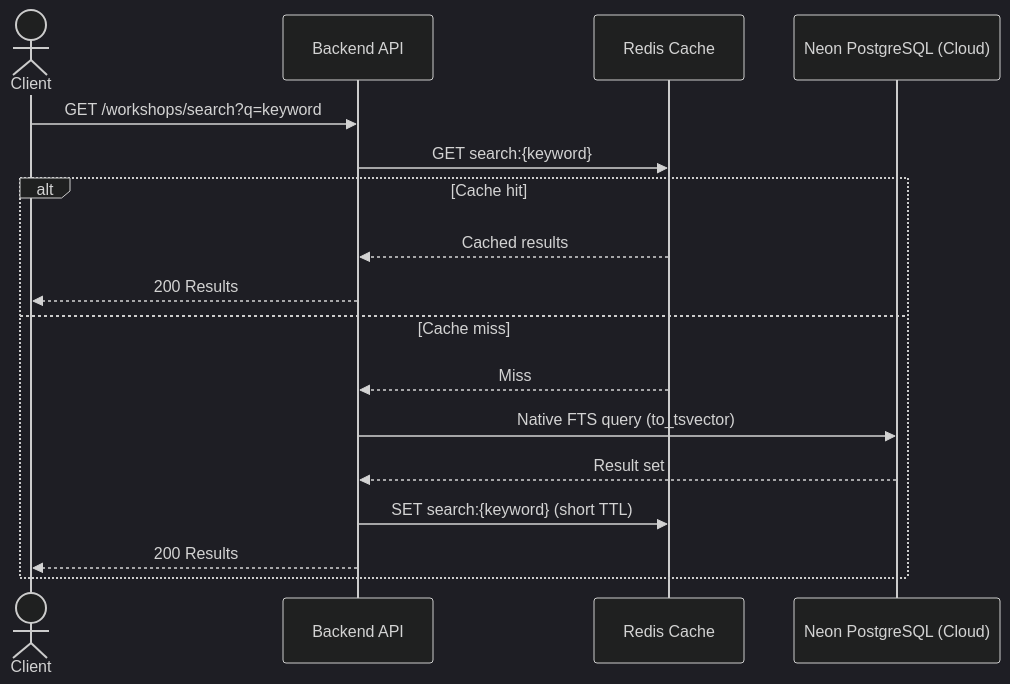
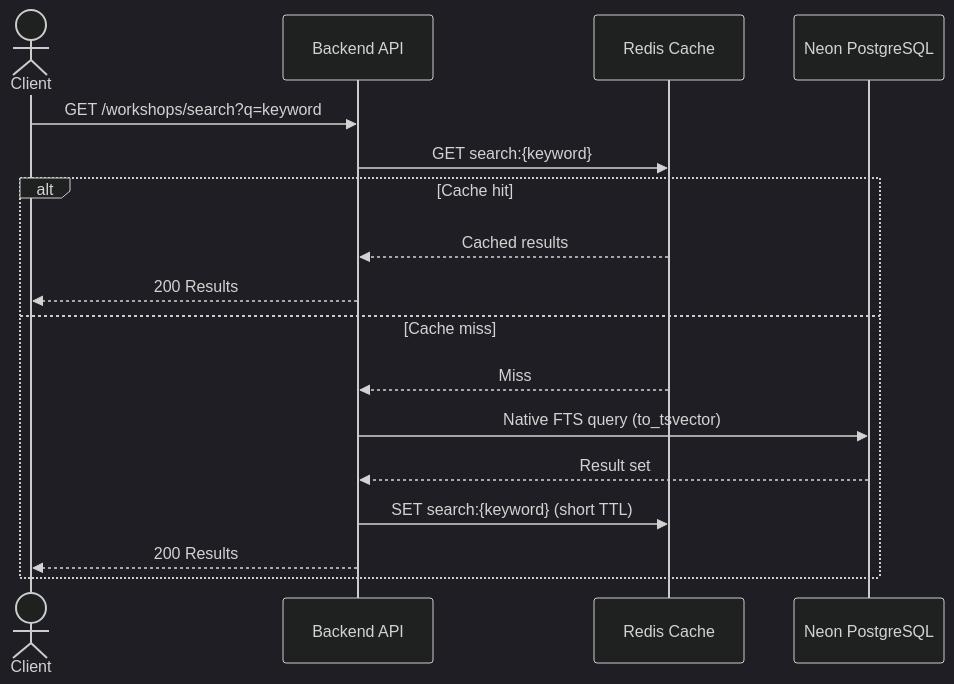
Before and after one commit to phatnguyen975/unihub-workshop: the third of 10 diagrams in blueprint/design.md, drawn with Mermaid (dark theme). The commit also changed other lines of this file, not shown here.

Commit message:
docs: update workshop registration diagram

````diff
--- a/blueprint/design.md
+++ b/blueprint/design.md
@@ -228,20 +262,20 @@
 ```mermaid
 sequenceDiagram
   actor Client
   participant API as Backend API
   participant Cache as Redis Cache
-  participant Replica as Neon PostgreSQL (Cloud)
+  participant Replica as Neon PostgreSQL
 
   Client->>API: GET /workshops/search?q=keyword
   API->>Cache: GET search:{keyword}
   alt Cache hit
     Cache-->>API: Cached results
     API-->>Client: 200 Results
   else Cache miss
     Cache-->>API: Miss
     API->>Replica: Native FTS query (to_tsvector)
     Replica-->>API: Result set
     API->>Cache: SET search:{keyword} (short TTL)
     API-->>Client: 200 Results
   end
 ```
````
